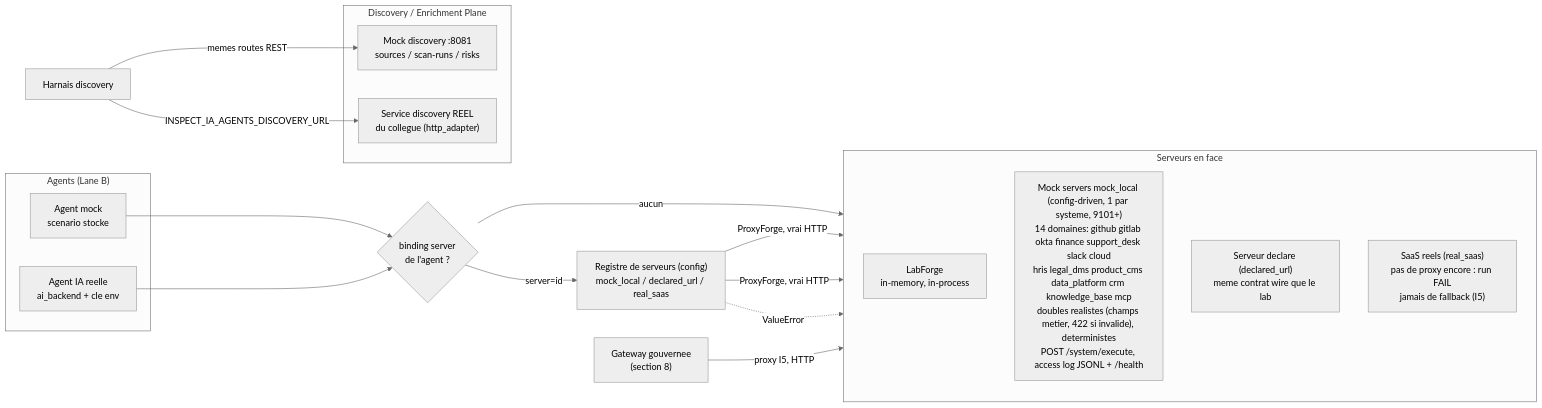
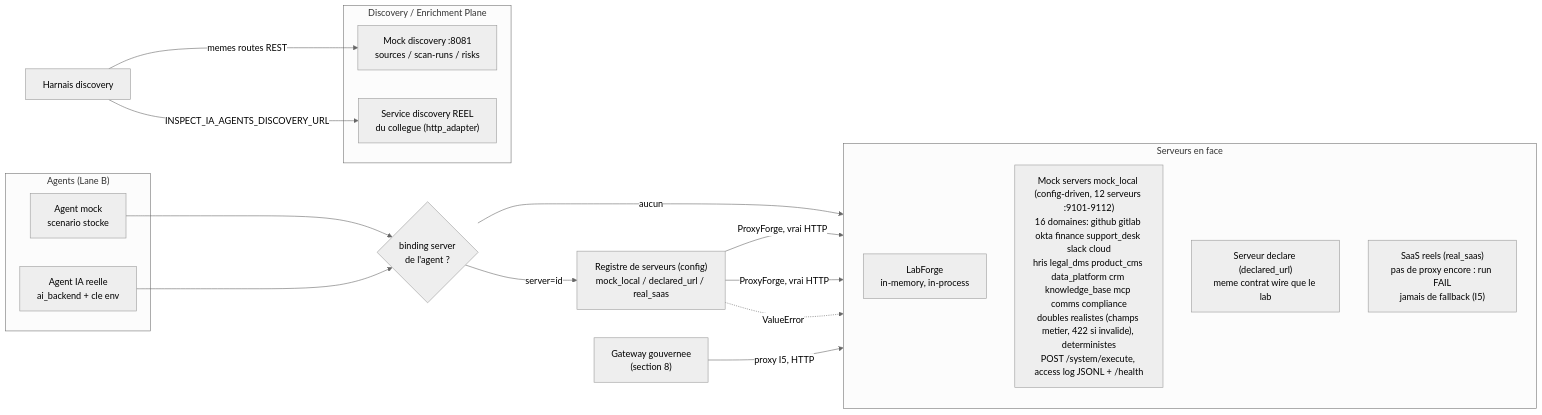
The fourth of 12 diagrams in docs/ARCHITECTURE.md (mo0ogly/recette_IA_agents), drawn with Mermaid (neutral theme) before and after one commit. The commit also changed other lines of this file, not shown here.

First line of the commit message:
docs(architecture): align domain counts to 16 systems / 146 actions

````diff
--- a/docs/ARCHITECTURE.md
+++ b/docs/ARCHITECTURE.md
@@ -221,30 +221,30 @@
 ```mermaid
 flowchart LR
   subgraph AGENTS["Agents (Lane B)"]
     A1["Agent mock<br/>scenario stocke"]
     A2["Agent IA reelle<br/>ai_backend + cle env"]
   end
   ROUTE{"binding server<br/>de l'agent ?"}
   REG["Registre de serveurs (config)<br/>mock_local / declared_url / real_saas"]
   subgraph SRV["Serveurs en face"]
     direction TB
     LF["LabForge<br/>in-memory, in-process"]
-    LAB["Mock servers mock_local (config-driven, 1 par systeme, 9101+)<br/>14 domaines: github gitlab okta finance support_desk slack cloud<br/>hris legal_dms product_cms data_platform crm knowledge_base mcp<br/>doubles realistes (champs metier, 422 si invalide), deterministes<br/>POST /system/execute, access log JSONL + /health"]
+    LAB["Mock servers mock_local (config-driven, 12 serveurs :9101-9112)<br/>16 domaines: github gitlab okta finance support_desk slack cloud<br/>hris legal_dms product_cms data_platform crm knowledge_base mcp comms compliance<br/>doubles realistes (champs metier, 422 si invalide), deterministes<br/>POST /system/execute, access log JSONL + /health"]
     DECL["Serveur declare (declared_url)<br/>meme contrat wire que le lab"]
     REAL["SaaS reels (real_saas)<br/>pas de proxy encore : run FAIL<br/>jamais de fallback (I5)"]
   end
   subgraph DPLANE["Discovery / Enrichment Plane"]
     DM["Mock discovery :8081<br/>sources / scan-runs / risks"]
     DR["Service discovery REEL<br/>du collegue (http_adapter)"]
   end
   A1 --> ROUTE
   A2 --> ROUTE
   ROUTE -->|"aucun"| LF
   ROUTE -->|"server=id"| REG
   REG -->|"ProxyForge, vrai HTTP"| LAB
   REG -->|"ProxyForge, vrai HTTP"| DECL
   REG -.->|"ValueError"| REAL
   GW2["Gateway gouvernee<br/>(section 8)"] -->|"proxy I5, HTTP"| LAB
   HARN2["Harnais discovery"] -->|"memes routes REST"| DM
   HARN2 -->|"INSPECT_IA_AGENTS_DISCOVERY_URL"| DR
 ```
````
